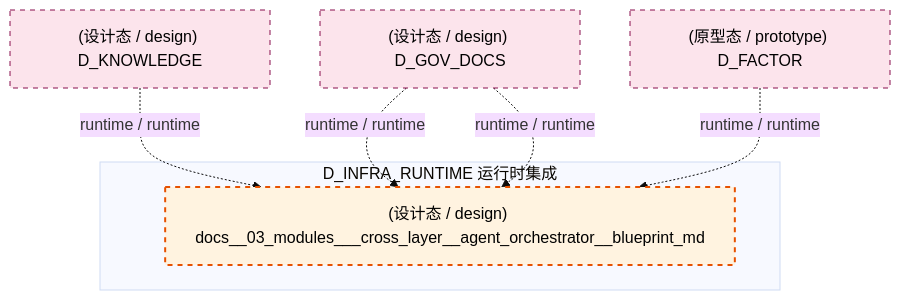
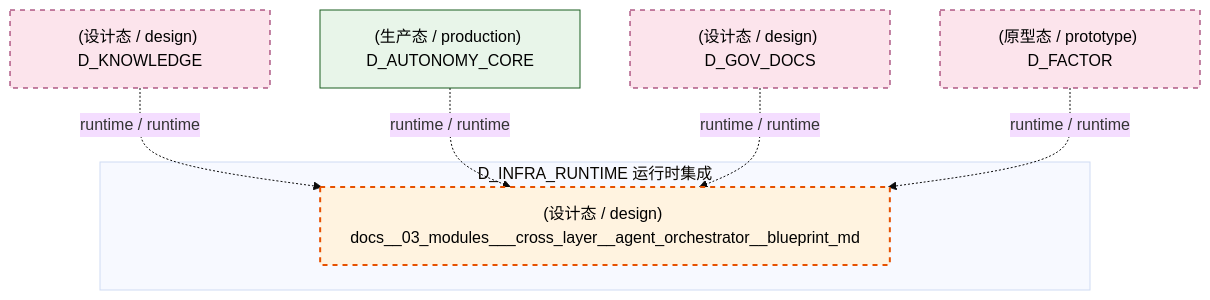
The eighth of 10 diagrams in docs/02_enterprise_architecture/02_domain_architecture_docs/04_d_infra_runtime.md (xuanFelixVan/ZephyrAlpha), drawn with Mermaid (base theme) before and after one commit. The commit also changed other lines of this file and 126 other files, not shown here.

````diff
--- a/docs/02_enterprise_architecture/02_domain_architecture_docs/04_d_infra_runtime.md
+++ b/docs/02_enterprise_architecture/02_domain_architecture_docs/04_d_infra_runtime.md
@@ -1045,19 +1040,21 @@
 ```mermaid
 graph TD
     subgraph D_INFRA_RUNTIME["D_INFRA_RUNTIME 运行时集成"]
         docs_03_modules_cross_layer_agent_orchestrator_blueprint_md["(设计态 / design) docs__03_modules___cross_layer__agent_orchestrator__blueprint_md"]
     end
     D_KNOWLEDGE["(设计态 / design) D_KNOWLEDGE"]
     D_KNOWLEDGE -.->|runtime / runtime| docs_03_modules_cross_layer_agent_orchestrator_blueprint_md
+    D_AUTONOMY_CORE["(生产态 / production) D_AUTONOMY_CORE"]
+    D_AUTONOMY_CORE -.->|runtime / runtime| docs_03_modules_cross_layer_agent_orchestrator_blueprint_md
     D_GOV_DOCS["(设计态 / design) D_GOV_DOCS"]
-    D_GOV_DOCS -.->|runtime / runtime| docs_03_modules_cross_layer_agent_orchestrator_blueprint_md
     D_GOV_DOCS -.->|runtime / runtime| docs_03_modules_cross_layer_agent_orchestrator_blueprint_md
     D_FACTOR["(原型态 / prototype) D_FACTOR"]
     D_FACTOR -.->|runtime / runtime| docs_03_modules_cross_layer_agent_orchestrator_blueprint_md
     classDef production fill:#e1f5fe,stroke:#01579b,stroke-width:2px,color:#000
     classDef design fill:#fff3e0,stroke:#e65100,stroke-width:2px,color:#000,stroke-dasharray: 5 5
     classDef external_prod fill:#e8f5e9,stroke:#1b5e20,stroke-width:1px,color:#000
     classDef external_design fill:#fce4ec,stroke:#880e4f,stroke-width:1px,color:#000,stroke-dasharray: 5 5
     class docs_03_modules_cross_layer_agent_orchestrator_blueprint_md design
+    class D_AUTONOMY_CORE external_prod
     class D_KNOWLEDGE,D_GOV_DOCS,D_FACTOR external_design
 ```
````
